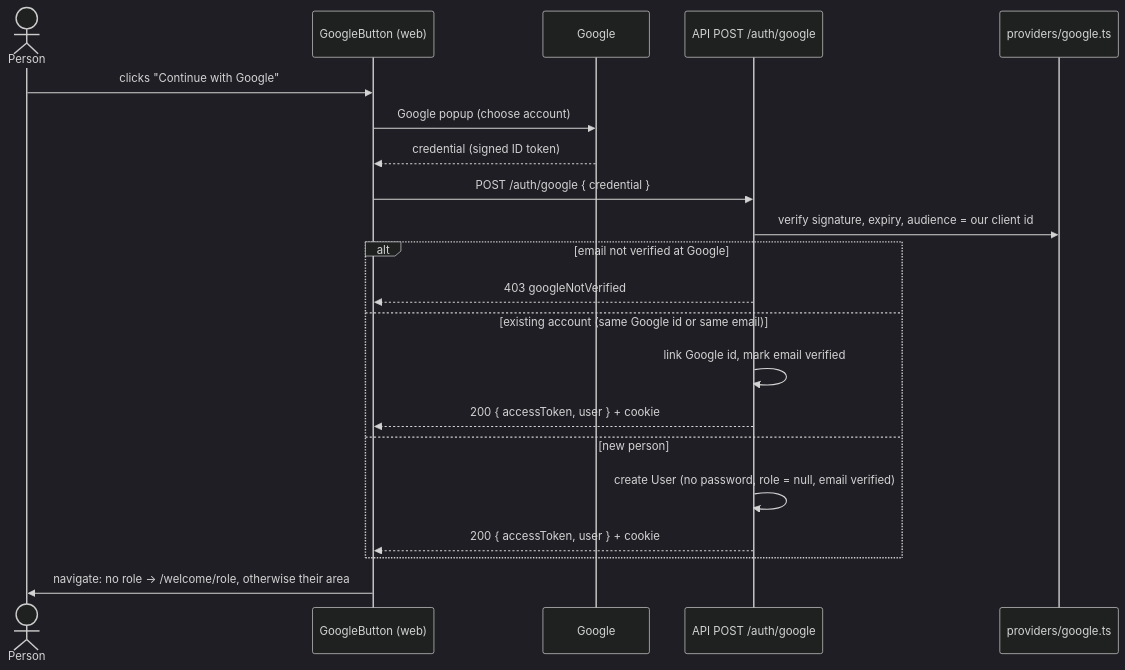
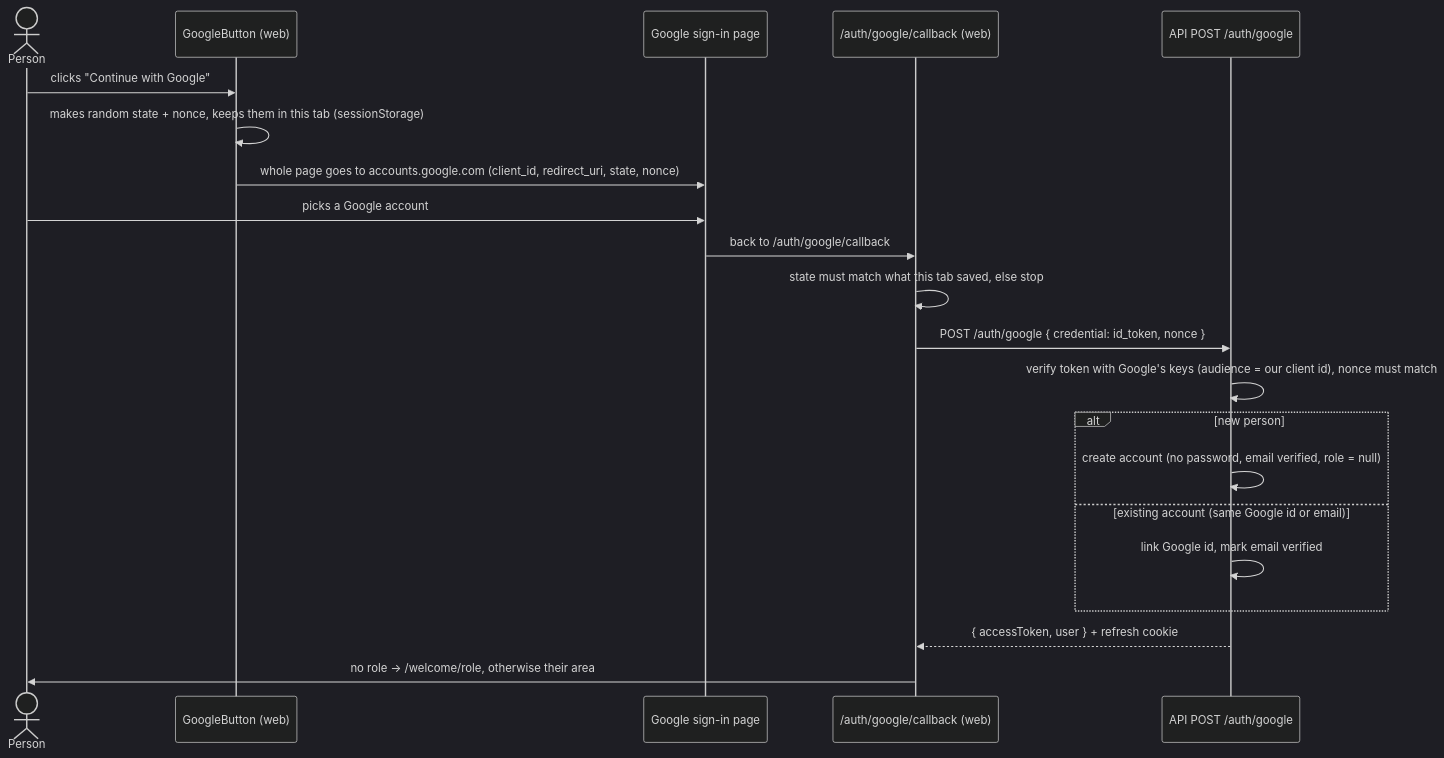
The third of 7 diagrams in docs/FLOWS.md (bluenovatechin/CreatorHub), drawn with Mermaid (dark theme) before and after one commit. The commit also changed other lines of this file and 11 other files, not shown here.

Commit message:
Google sign-in without pop-ups (full-page redirect)

````diff
--- a/docs/FLOWS.md
+++ b/docs/FLOWS.md
@@ -123,23 +118,23 @@
 ```mermaid
 sequenceDiagram
   actor U as Person
   participant W as GoogleButton (web)
-  participant G as Google
+  participant G as Google sign-in page
+  participant C as /auth/google/callback (web)
   participant A as API POST /auth/google
-  participant V as providers/google.ts
   U->>W: clicks "Continue with Google"
-  W->>G: Google popup (choose account)
-  G-->>W: credential (signed ID token)
-  W->>A: POST /auth/google { credential }
-  A->>V: verify signature, expiry, audience = our client id
-  alt email not verified at Google
-    A-->>W: 403 googleNotVerified
-  else existing account (same Google id or same email)
+  W->>W: makes random state + nonce, keeps them in this tab (sessionStorage)
+  W->>G: whole page goes to accounts.google.com (client_id, redirect_uri, state, nonce)
+  U->>G: picks a Google account
+  G->>C: back to /auth/google/callback#id_token=…&state=…
+  C->>C: state must match what this tab saved, else stop
+  C->>A: POST /auth/google { credential: id_token, nonce }
+  A->>A: verify token with Google's keys (audience = our client id), nonce must match
+  alt new person
+    A->>A: create account (no password, email verified, role = null)
+  else existing account (same Google id or email)
     A->>A: link Google id, mark email verified
-    A-->>W: 200 { accessToken, user } + cookie
-  else new person
-    A->>A: create User (no password, role = null, email verified)
-    A-->>W: 200 { accessToken, user } + cookie
   end
-  W->>U: navigate: no role → /welcome/role, otherwise their area
+  A-->>C: { accessToken, user } + refresh cookie
+  C->>U: no role → /welcome/role, otherwise their area
 ```
````
